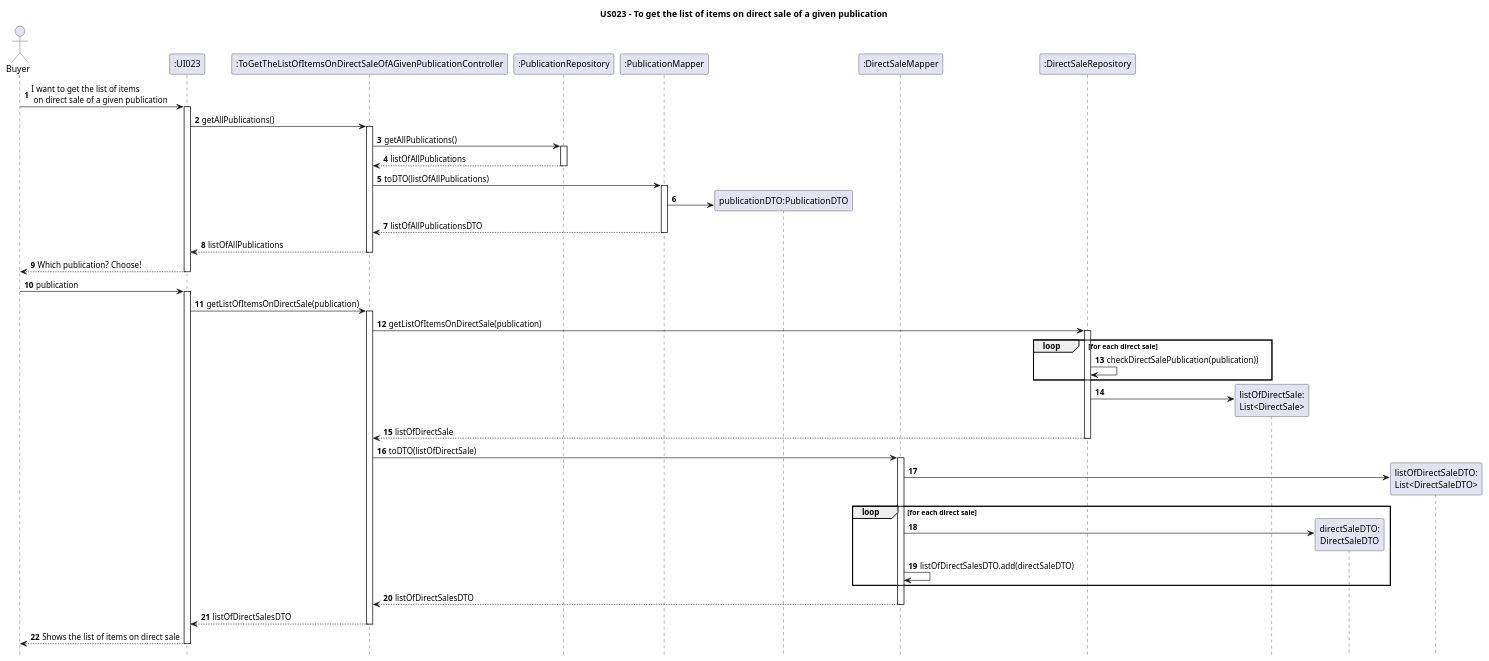
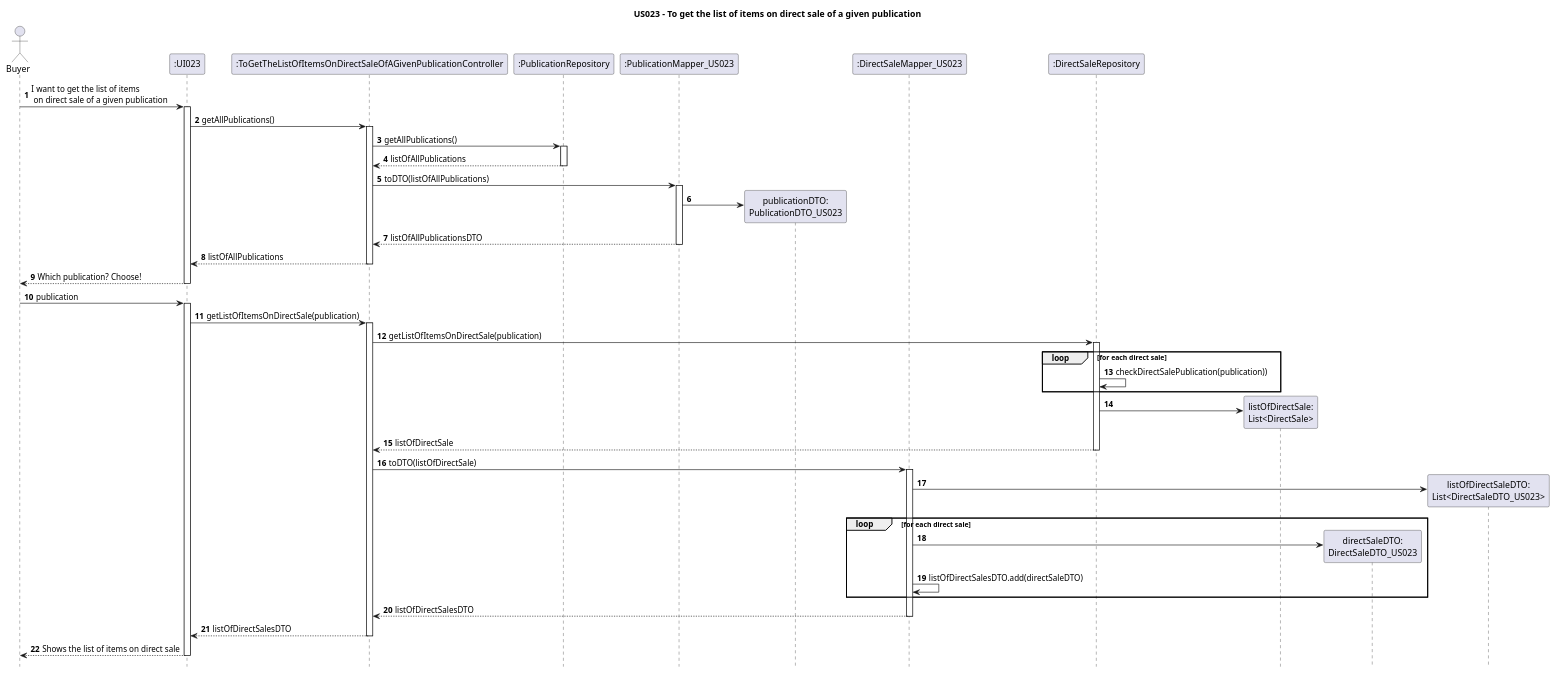
The diagram in Diagrams/SequenceDiagrams/N2/US023-to-get-the-list-of-items-on-direct-sale-of-a-given-publication.puml (AndrePereiraGitH/SWitCH-Project-Team_A), drawn with PlantUML before and after one commit. The commit also changed 3 other files, not shown here.

Commit message:
Working on #120, #74, #70, #72, name correction of DTO and Mapper

```diff
--- a/Diagrams/SequenceDiagrams/N2/US023-to-get-the-list-of-items-on-direct-sale-of-a-given-publication.puml
+++ b/Diagrams/SequenceDiagrams/N2/US023-to-get-the-list-of-items-on-direct-sale-of-a-given-publication.puml
@@ -1,82 +1,82 @@
 @startuml
 
 hide footbox
 autonumber
 title US023 - To get the list of items on direct sale of a given publication
 
 actor Buyer
 
 ' Participants
 participant ":UI023" as UI023
 participant ":ToGetTheListOfItemsOnDirectSaleOfAGivenPublicationController" as Ctrl
 participant ":PublicationRepository" as PublicationRepository
-participant ":PublicationMapper" as PubMapper
-participant "publicationDTO:PublicationDTO" as PubDTO
-participant ":DirectSaleMapper" as Mapper
+participant ":PublicationMapper_US023" as PubMapper
+participant "publicationDTO:\nPublicationDTO_US023" as PubDTO
+participant ":DirectSaleMapper_US023" as Mapper
 participant ":DirectSaleRepository" as DirectSaleRepository
 participant "listOfDirectSale:\nList<DirectSale>" as ListDS
 'participant ":DirectSale" as DSDomain
-participant "directSaleDTO:\nDirectSaleDTO" as DTO
-participant "listOfDirectSaleDTO:\nList<DirectSaleDTO>" as ListDTO
+participant "directSaleDTO:\nDirectSaleDTO_US023" as DTO
+participant "listOfDirectSaleDTO:\nList<DirectSaleDTO_US023>" as ListDTO
 
 
 ' Interactions
 Buyer -> UI023 : I want to get the list of items\n on direct sale of a given publication
 activate UI023
 UI023 -> Ctrl : getAllPublications()
 activate Ctrl
 Ctrl -> PublicationRepository: getAllPublications()
 activate PublicationRepository
 PublicationRepository --> Ctrl: listOfAllPublications
 deactivate PublicationRepository
 
 Ctrl -> PubMapper: toDTO(listOfAllPublications)
 activate PubMapper
 'PubMapper -> PubDTO
 PubMapper -> PubDTO **
 PubMapper --> Ctrl: listOfAllPublicationsDTO
 deactivate PubMapper
 
 Ctrl --> UI023 : listOfAllPublications
 deactivate Ctrl
 Buyer <-- UI023 : Which publication? Choose!
 deactivate UI023
 Buyer -> UI023 : publication
 activate UI023
 
 UI023 -> Ctrl : getListOfItemsOnDirectSale(publication)
 activate Ctrl
 
 Ctrl -> DirectSaleRepository : getListOfItemsOnDirectSale(publication)
 activate DirectSaleRepository
 
 loop for each direct sale
     DirectSaleRepository -> DirectSaleRepository : checkDirectSalePublication(publication))
 end
 
 DirectSaleRepository -> ListDS ** :
 DirectSaleRepository --> Ctrl : listOfDirectSale
 
 deactivate DirectSaleRepository
 
 Ctrl -> Mapper : toDTO(listOfDirectSale)
 activate Mapper
 Mapper -> ListDTO ** :
 
     loop for each direct sale
 
         Mapper -> DTO **
 
         Mapper -> Mapper : listOfDirectSalesDTO.add(directSaleDTO)
     end
 
 Mapper --> Ctrl : listOfDirectSalesDTO
 deactivate Mapper
 
 Ctrl --> UI023 : listOfDirectSalesDTO
 deactivate Ctrl
 
 UI023 --> Buyer : Shows the list of items on direct sale
 deactivate UI023
 
 @enduml
```
